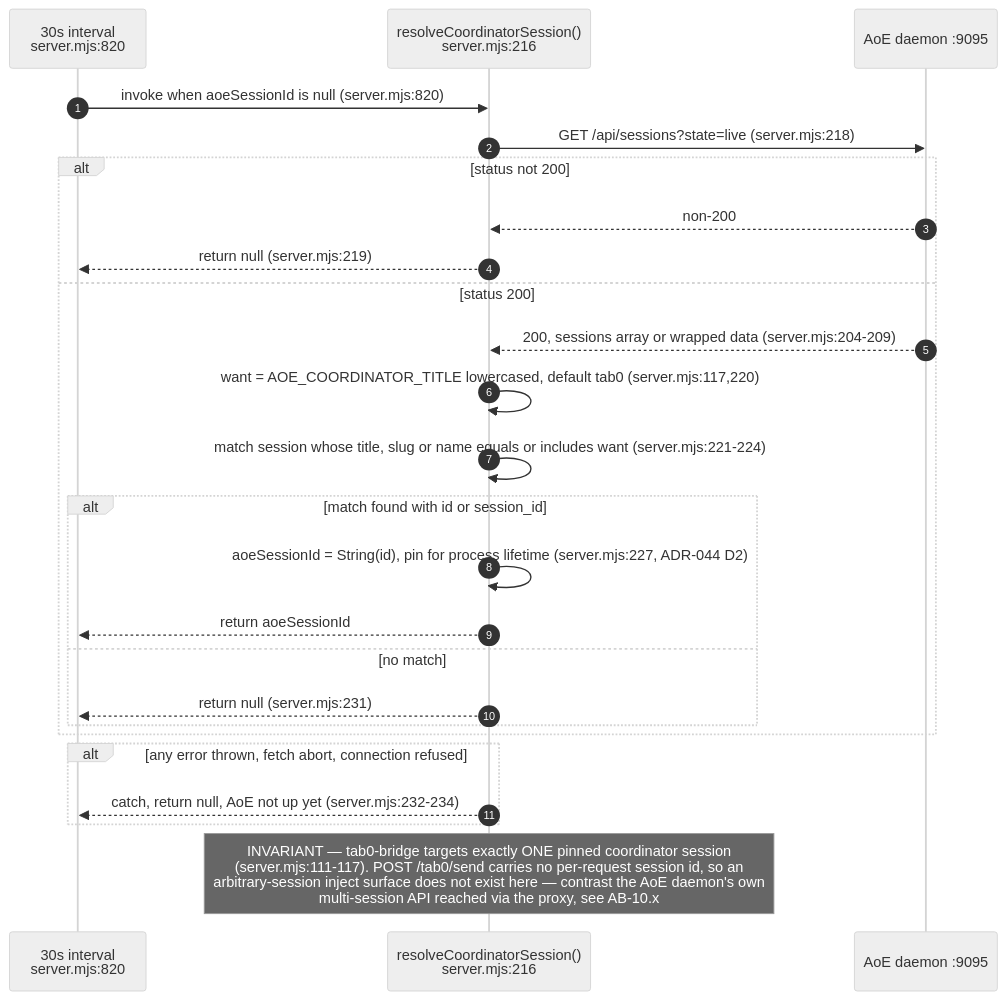
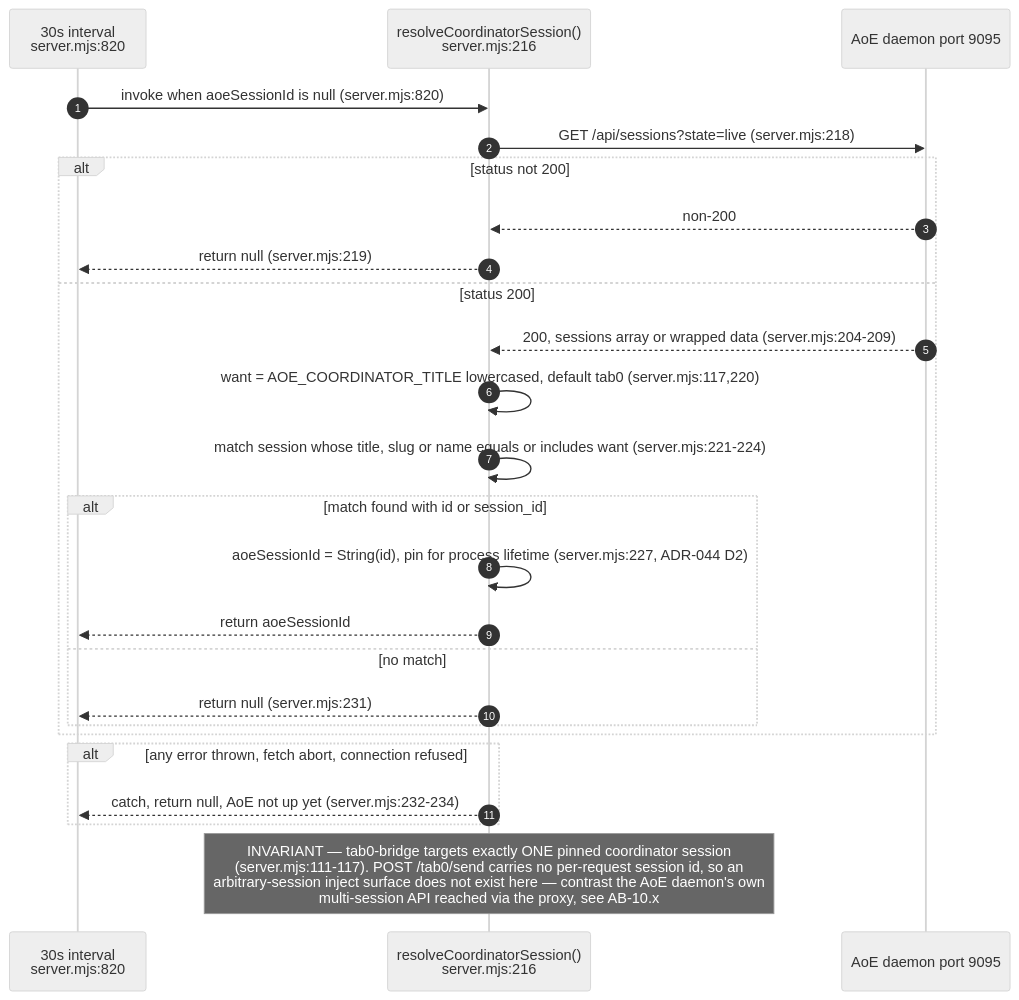
One commit to DreamLab-AI/VisionFlow changed the sixth of 14 diagrams in docs/diagrams/agentbox/12-tab0-bridge-and-interaction-plane.md. Above: the diagram before and after it, drawn with Mermaid (neutral theme). The commit also changed other lines of this file and 52 other files, not shown here.

First line of the commit message:
docs(diagrams): wave 3 checkpoint — bare line refs resolved, revision-pinned cite-check, VC-05/AB-01..13 re-attested

````diff
--- a/docs/diagrams/agentbox/12-tab0-bridge-and-interaction-plane.md
+++ b/docs/diagrams/agentbox/12-tab0-bridge-and-interaction-plane.md
@@ -210,28 +210,28 @@
 ```mermaid
 sequenceDiagram
     autonumber
     participant Ti as 30s interval<br/>server.mjs:820
     participant R as resolveCoordinatorSession()<br/>server.mjs:216
-    participant AoEd as AoE daemon :9095
+    participant AoEd as AoE daemon port 9095
 
     Ti->>R: invoke when aoeSessionId is null (server.mjs:820)
     R->>AoEd: GET /api/sessions?state=live (server.mjs:218)
     alt status not 200
         AoEd-->>R: non-200
         R-->>Ti: return null (server.mjs:219)
     else status 200
         AoEd-->>R: 200, sessions array or wrapped data (server.mjs:204-209)
         R->>R: want = AOE_COORDINATOR_TITLE lowercased, default tab0 (server.mjs:117,220)
         R->>R: match session whose title, slug or name equals or includes want (server.mjs:221-224)
         alt match found with id or session_id
             R->>R: aoeSessionId = String(id), pin for process lifetime (server.mjs:227, ADR-044 D2)
             R-->>Ti: return aoeSessionId
         else no match
             R-->>Ti: return null (server.mjs:231)
         end
     end
     alt any error thrown, fetch abort, connection refused
         R-->>Ti: catch, return null, AoE not up yet (server.mjs:232-234)
     end
 Note over R: INVARIANT — tab0-bridge targets exactly ONE pinned coordinator session<br/>(server.mjs:111-117). POST /tab0/send carries no per-request session id, so an<br/>arbitrary-session inject surface does not exist here — contrast the AoE daemon's own<br/>multi-session API reached via the proxy, see AB-10.x
 ```
````
